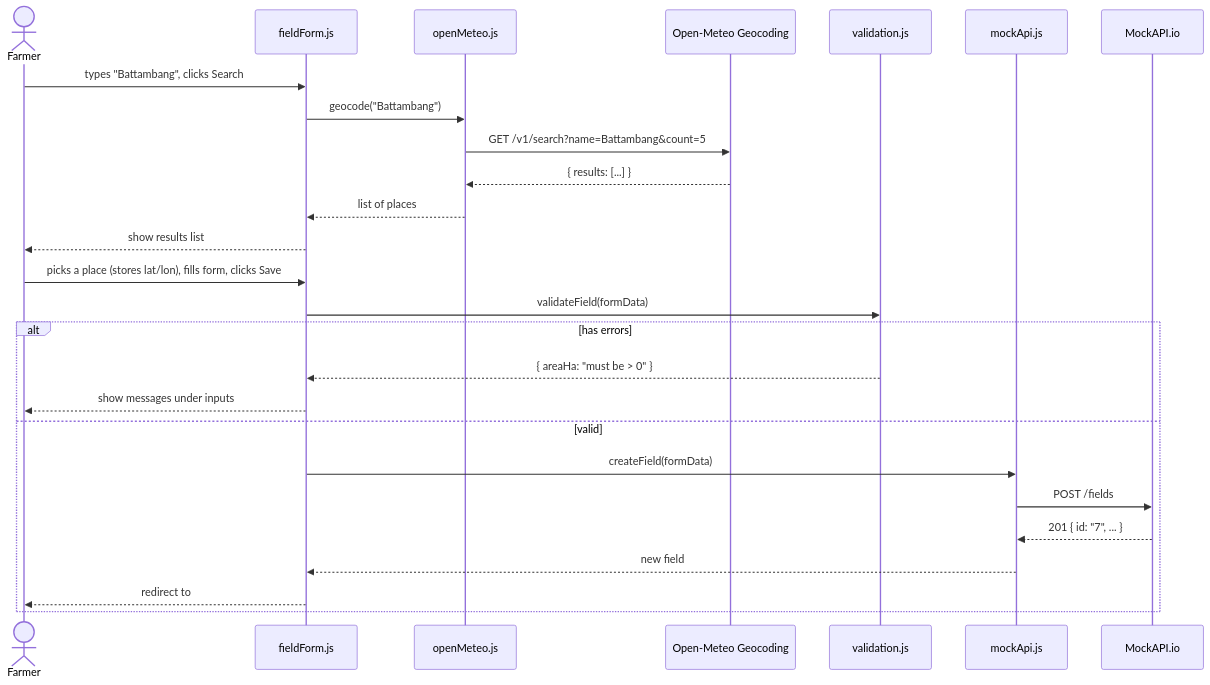
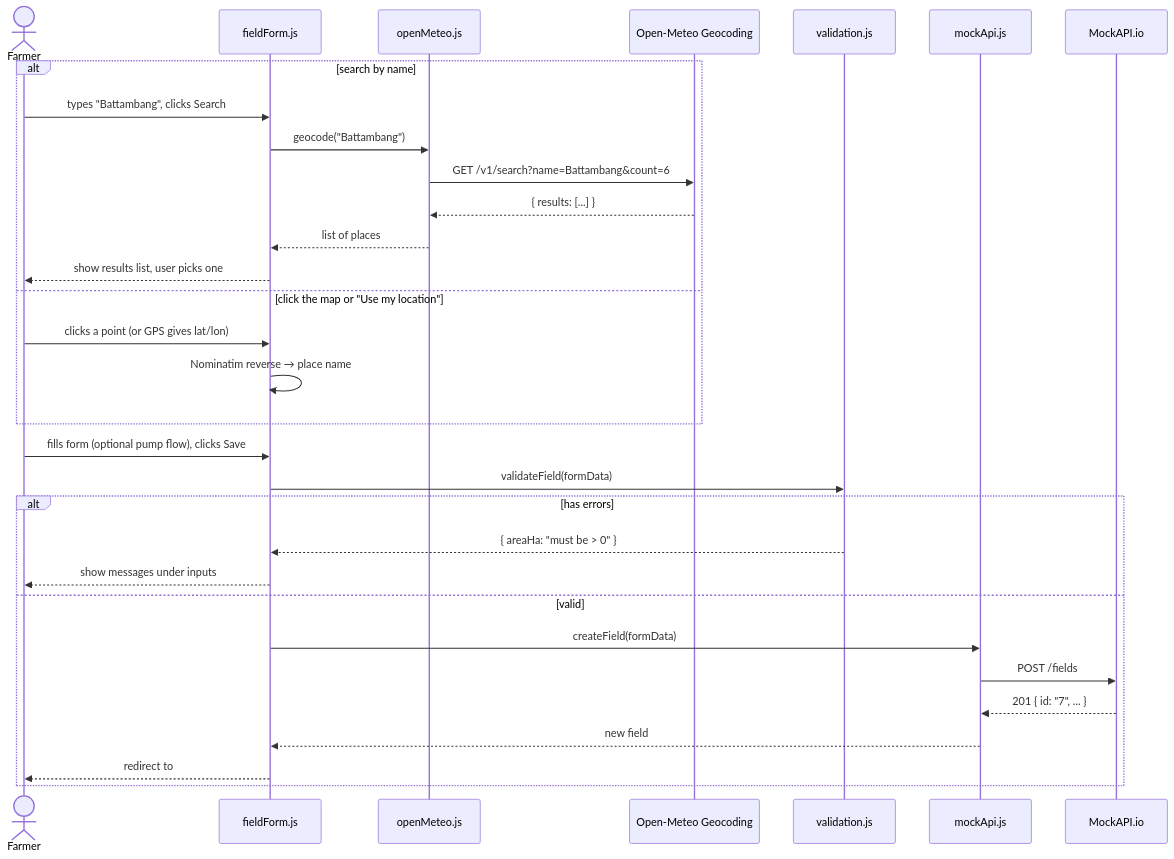
The eighth of 13 diagrams in ARCHITECTURE.md (ViiUnknown/aquaplan), drawn with Mermaid before and after one commit. The commit also changed other lines of this file and 37 other files, not shown here.

````diff
--- a/ARCHITECTURE.md
+++ b/ARCHITECTURE.md
@@ -286,29 +308,34 @@
 ```mermaid
 sequenceDiagram
     actor U as Farmer
     participant V as fieldForm.js
     participant OM as openMeteo.js
     participant G as Open-Meteo Geocoding
     participant VAL as validation.js
     participant MA as mockApi.js
     participant M as MockAPI.io
 
-    U->>V: types "Battambang", clicks Search
-    V->>OM: geocode("Battambang")
-    OM->>G: GET /v1/search?name=Battambang&count=5
-    G-->>OM: { results: [...] }
-    OM-->>V: list of places
-    V-->>U: show results list
-    U->>V: picks a place (stores lat/lon), fills form, clicks Save
+    alt search by name
+        U->>V: types "Battambang", clicks Search
+        V->>OM: geocode("Battambang")
+        OM->>G: GET /v1/search?name=Battambang&count=6
+        G-->>OM: { results: [...] }
+        OM-->>V: list of places
+        V-->>U: show results list, user picks one
+    else click the map or "Use my location"
+        U->>V: clicks a point (or GPS gives lat/lon)
+        V->>V: Nominatim reverse → place name
+    end
+    U->>V: fills form (optional pump flow), clicks Save
     V->>VAL: validateField(formData)
     alt has errors
         VAL-->>V: { areaHa: "must be > 0" }
         V-->>U: show messages under inputs
     else valid
         V->>MA: createField(formData)
         MA->>M: POST /fields
         M-->>MA: 201 { id: "7", ... }
         MA-->>V: new field
         V-->>U: redirect to #/fields/7
     end
 ```
````
